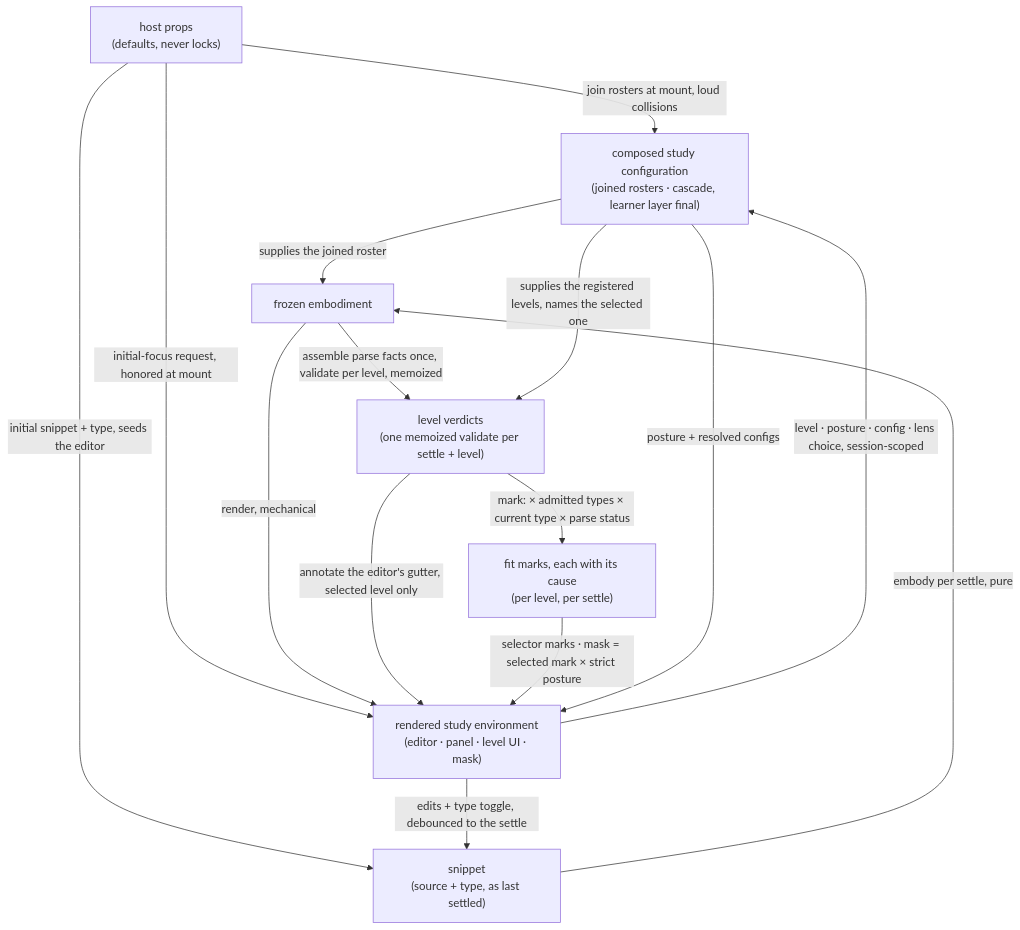
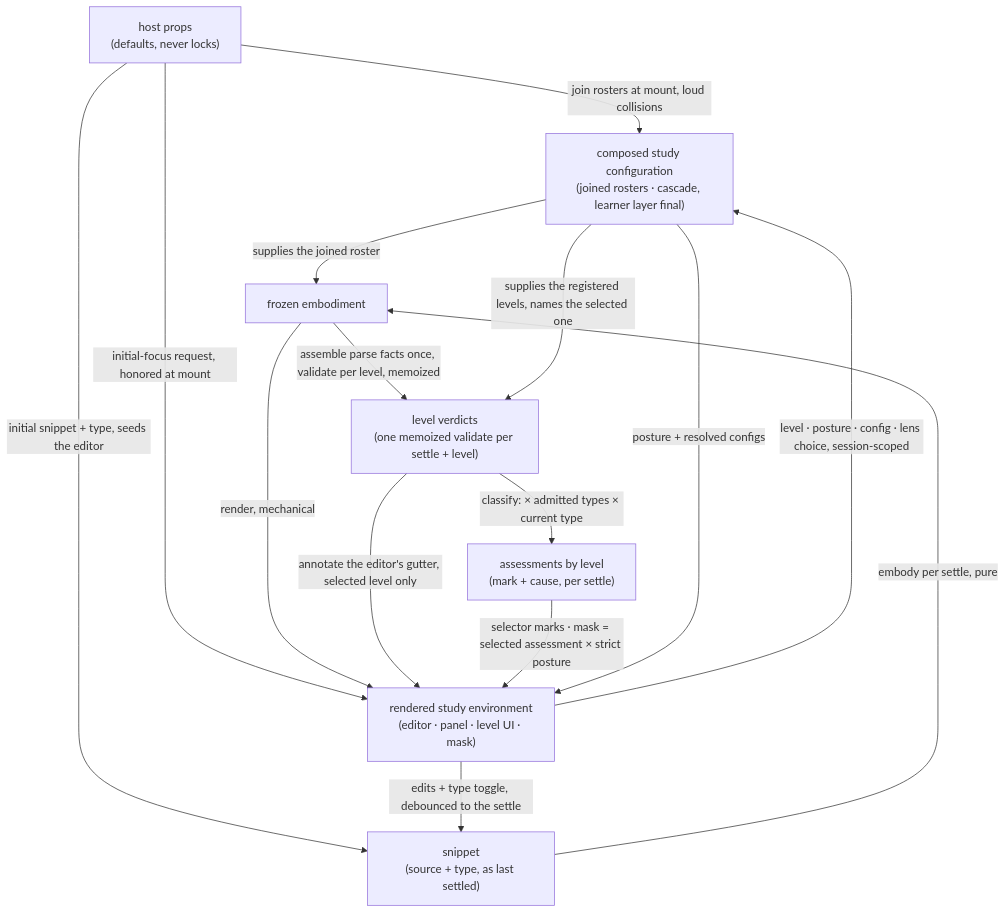
The diagram in src/lib/study-lenses/orchestrate/DOCS.md (codeschoolinabox/curricula), drawn with Mermaid before and after one commit. The commit also changed other lines of this file and 17 other files, not shown here.

````diff
--- a/src/lib/study-lenses/orchestrate/DOCS.md
+++ b/src/lib/study-lenses/orchestrate/DOCS.md
@@ -53,24 +53,24 @@
 ```mermaid
 flowchart TD
     PROPS["host props<br/>(defaults, never locks)"]
     CFG["composed study configuration<br/>(joined rosters · cascade, learner layer final)"]
     SNP["snippet<br/>(source + type, as last settled)"]
     EMB["frozen embodiment"]
     VER["level verdicts<br/>(one memoized validate per settle + level)"]
-    MARKS["fit marks, each with its cause<br/>(per level, per settle)"]
+    MARKS["assessments by level<br/>(mark + cause, per settle)"]
     SUR["rendered study environment<br/>(editor · panel · level UI · mask)"]
     PROPS -->|"join rosters at mount, loud collisions"| CFG
     PROPS -->|"initial snippet + type, seeds the editor"| SNP
     PROPS -->|"initial-focus request, honored at mount"| SUR
     SNP -->|"embody per settle, pure"| EMB
     CFG -->|"supplies the joined roster"| EMB
     EMB -->|"assemble parse facts once, validate per level, memoized"| VER
     CFG -->|"supplies the registered levels, names the selected one"| VER
-    VER -->|"mark: × admitted types × current type × parse status"| MARKS
+    VER -->|"classify: × admitted types × current type"| MARKS
     EMB -->|"render, mechanical"| SUR
     VER -->|"annotate the editor's gutter, selected level only"| SUR
-    MARKS -->|"selector marks · mask = selected mark × strict posture"| SUR
+    MARKS -->|"selector marks · mask = selected assessment × strict posture"| SUR
     CFG -->|"posture + resolved configs"| SUR
     SUR -->|"edits + type toggle, debounced to the settle"| SNP
     SUR -->|"level · posture · config · lens choice, session-scoped"| CFG
 ```
````
